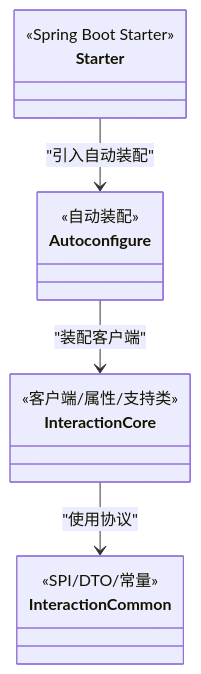
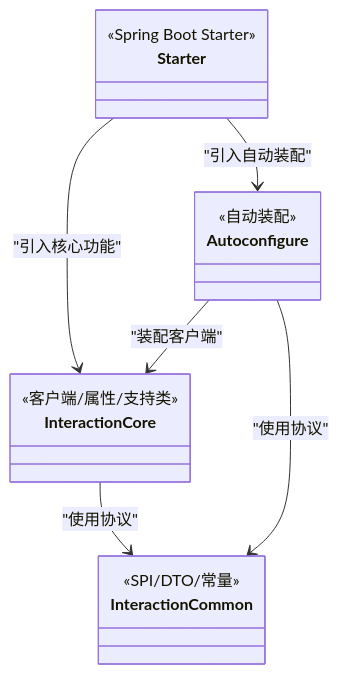
Before and after one commit to DrunkFood/First: the eighth of 11 diagrams in .qoder/repowiki/zh/content/架构设计/微服务架构.md, drawn with Mermaid. The commit also changed other lines of this file and 66 other files, not shown here.

````diff
--- a/.qoder/repowiki/zh/content/架构设计/微服务架构.md
+++ b/.qoder/repowiki/zh/content/架构设计/微服务架构.md
@@ -269,18 +319,20 @@
 ```mermaid
 classDiagram
 class InteractionCommon {
 <<SPI/DTO/常量>>
 }
 class InteractionCore {
 <<客户端/属性/支持类>>
 }
 class Autoconfigure {
 <<自动装配>>
 }
 class Starter {
 <<Spring Boot Starter>>
 }
 InteractionCore --> InteractionCommon : "使用协议"
 Autoconfigure --> InteractionCore : "装配客户端"
+Autoconfigure --> InteractionCommon : "使用协议"
+Starter --> InteractionCore : "引入核心功能"
 Starter --> Autoconfigure : "引入自动装配"
 ```
````
